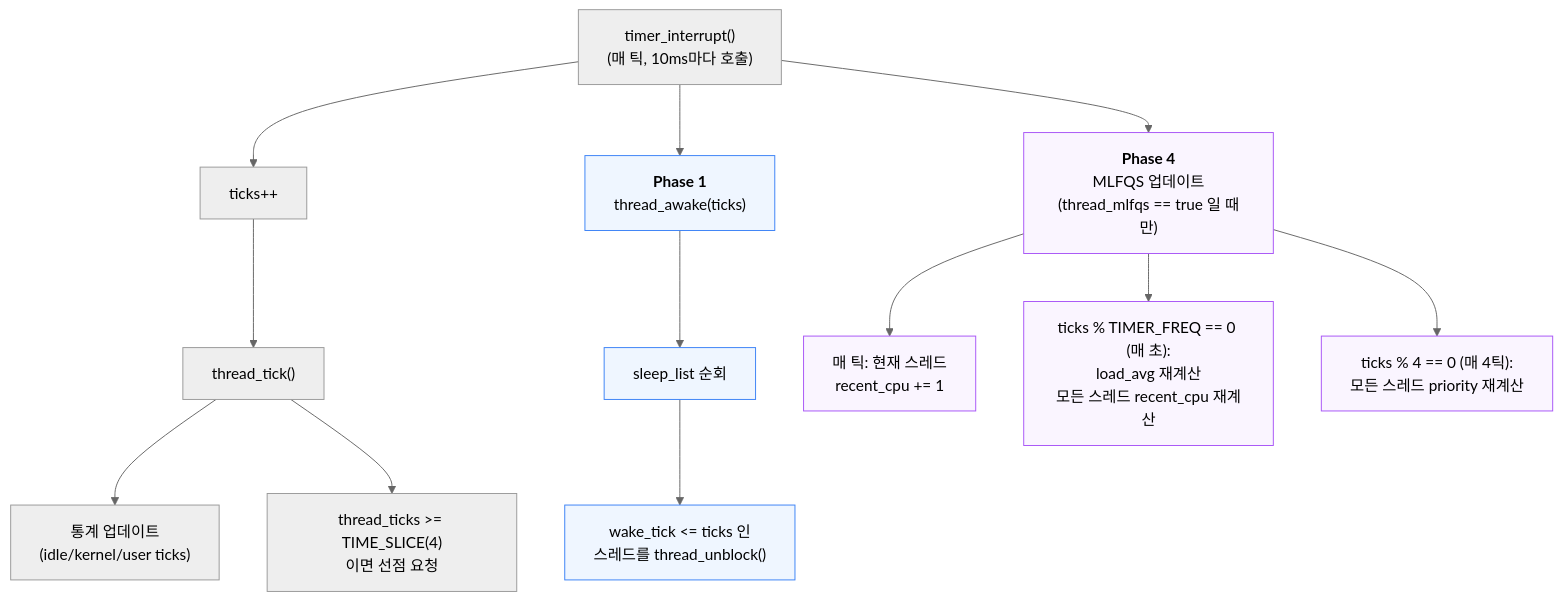
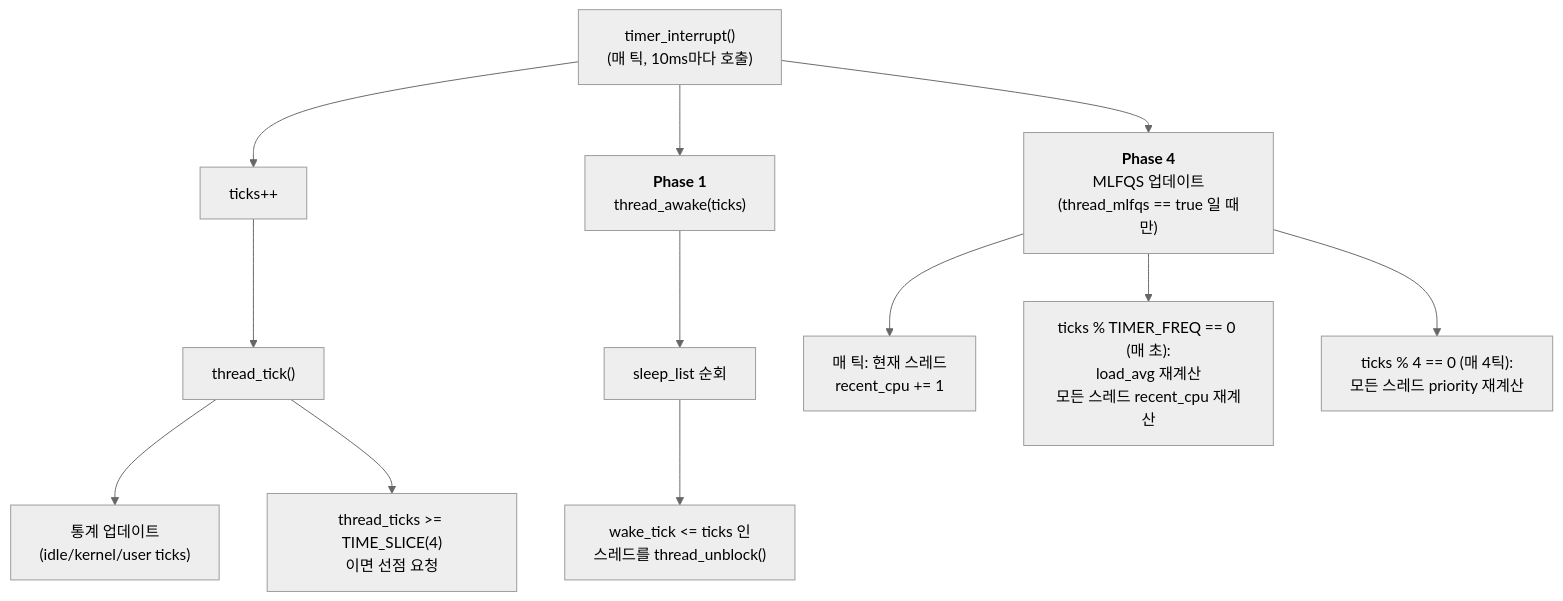
Before and after one commit to Jungle-12-303/wk09_1: the fourth of 10 diagrams in docs/pintos/01-big-picture.md, drawn with Mermaid (neutral theme). The commit also changed other lines of this file, not shown here.

First line of the commit message:
style: Mermaid 다이어그램에서 커스텀 컬러 style 지시문을 제거

````diff
--- a/docs/pintos/01-big-picture.md
+++ b/docs/pintos/01-big-picture.md
@@ -122,33 +111,26 @@
 ```mermaid
 graph TD
     TI["timer_interrupt()<br/>(매 틱, 10ms마다 호출)"]
     TICK["ticks++"]
     TT["thread_tick()"]
     STAT["통계 업데이트<br/>(idle/kernel/user ticks)"]
     PREEMPT["thread_ticks >= TIME_SLICE(4)<br/>이면 선점 요청"]
     AWAKE["<b>Phase 1</b><br/>thread_awake(ticks)"]
     SLEEP["sleep_list 순회"]
     WAKE["wake_tick <= ticks 인<br/>스레드를 thread_unblock()"]
     MLFQS["<b>Phase 4</b><br/>MLFQS 업데이트<br/>(thread_mlfqs == true 일 때만)"]
     EVERY_TICK["매 틱: 현재 스레드<br/>recent_cpu += 1"]
     EVERY_SEC["ticks % TIMER_FREQ == 0 (매 초):<br/>load_avg 재계산<br/>모든 스레드 recent_cpu 재계산"]
     EVERY_4["ticks % 4 == 0 (매 4틱):<br/>모든 스레드 priority 재계산"]
 
     TI --> TICK --> TT
     TT --> STAT
     TT --> PREEMPT
     TI --> AWAKE
     AWAKE --> SLEEP --> WAKE
     TI --> MLFQS
     MLFQS --> EVERY_TICK
     MLFQS --> EVERY_SEC
     MLFQS --> EVERY_4
 
-    style AWAKE fill:#EFF6FF,stroke:#3B82F6
-    style SLEEP fill:#EFF6FF,stroke:#3B82F6
-    style WAKE fill:#EFF6FF,stroke:#3B82F6
-    style MLFQS fill:#FAF5FF,stroke:#A855F7
-    style EVERY_TICK fill:#FAF5FF,stroke:#A855F7
-    style EVERY_SEC fill:#FAF5FF,stroke:#A855F7
-    style EVERY_4 fill:#FAF5FF,stroke:#A855F7
 ```
````
